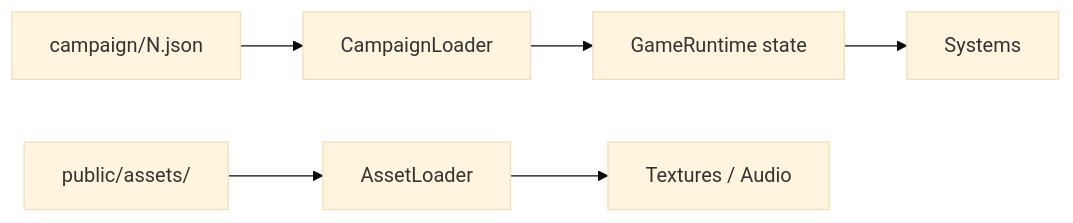
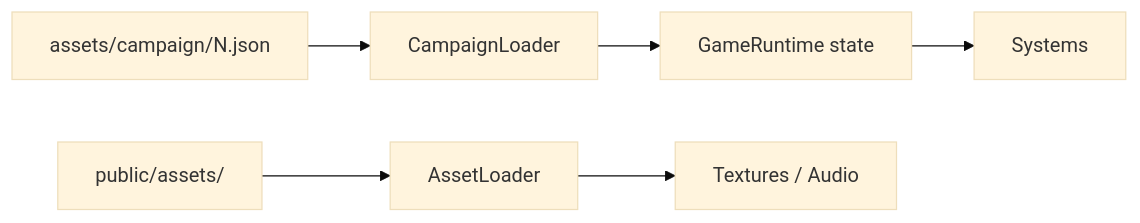
One commit to alexanderthurn/antiwar2 changed the second of 2 diagrams in docs/09-architecture.md. Above: the diagram before and after it, drawn with Mermaid (base theme). The commit also changed other lines of this file and 70 other files, not shown here.

````diff
--- a/docs/09-architecture.md
+++ b/docs/09-architecture.md
@@ -197,8 +197,8 @@
 ```mermaid
 flowchart LR
-    JSON[campaign/N.json] --> Loader[CampaignLoader]
+    JSON[assets/campaign/N.json] --> Loader[CampaignLoader]
     Loader --> Runtime[GameRuntime state]
     Runtime --> Systems
     Assets[public/assets/] --> AssetLoader
     AssetLoader --> Pixi[Textures / Audio]
 ```
````
